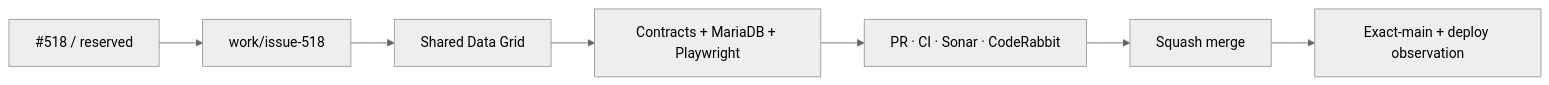
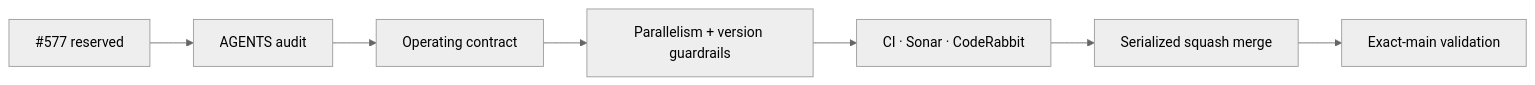
One commit to pl0n3r/brvtal changed the diagram in README.md. Above: the diagram before and after it, drawn with Mermaid (neutral theme). The commit also changed other lines of this file and 7 other files, not shown here.

First line of the commit message:
docs: streamline AGENTS operating contract (#578)

````diff
--- a/README.md
+++ b/README.md
@@ -49,9 +49,9 @@
 ```mermaid
 flowchart LR
- I["#518 / reserved"] --> B["work/issue-518"]
- B --> G["Shared Data Grid"]
- G --> T["Contracts + MariaDB + Playwright"]
- T --> P["PR · CI · Sonar · CodeRabbit"]
- P --> M["Squash merge"]
- M --> X["Exact-main + deploy observation"]
+ I["#577 reserved"] --> A["AGENTS audit"]
+ A --> O["Operating contract"]
+ O --> P["Parallelism + version guardrails"]
+ P --> G["CI · Sonar · CodeRabbit"]
+ G --> M["Serialized squash merge"]
+ M --> X["Exact-main validation"]
 ```
````
